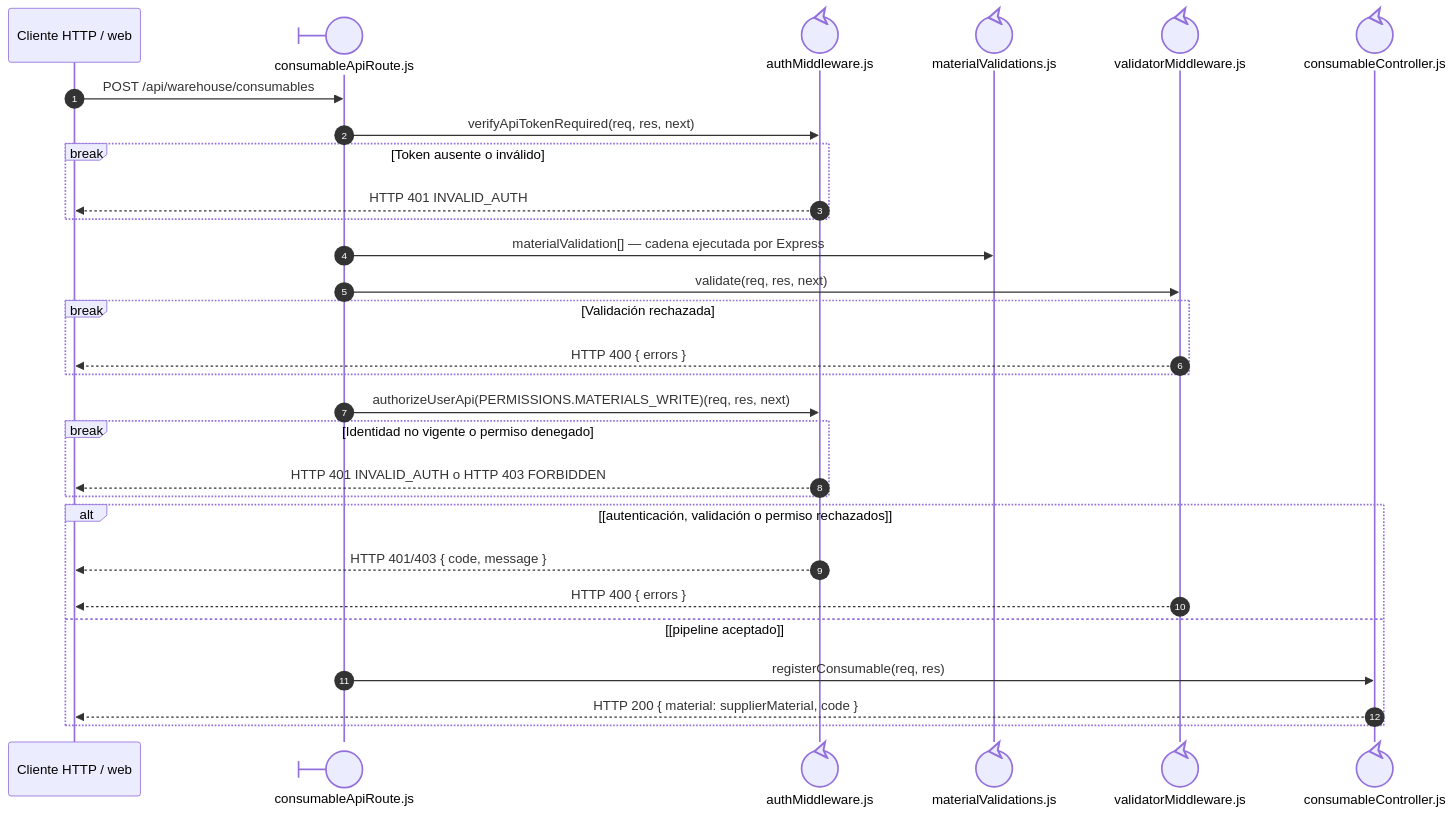
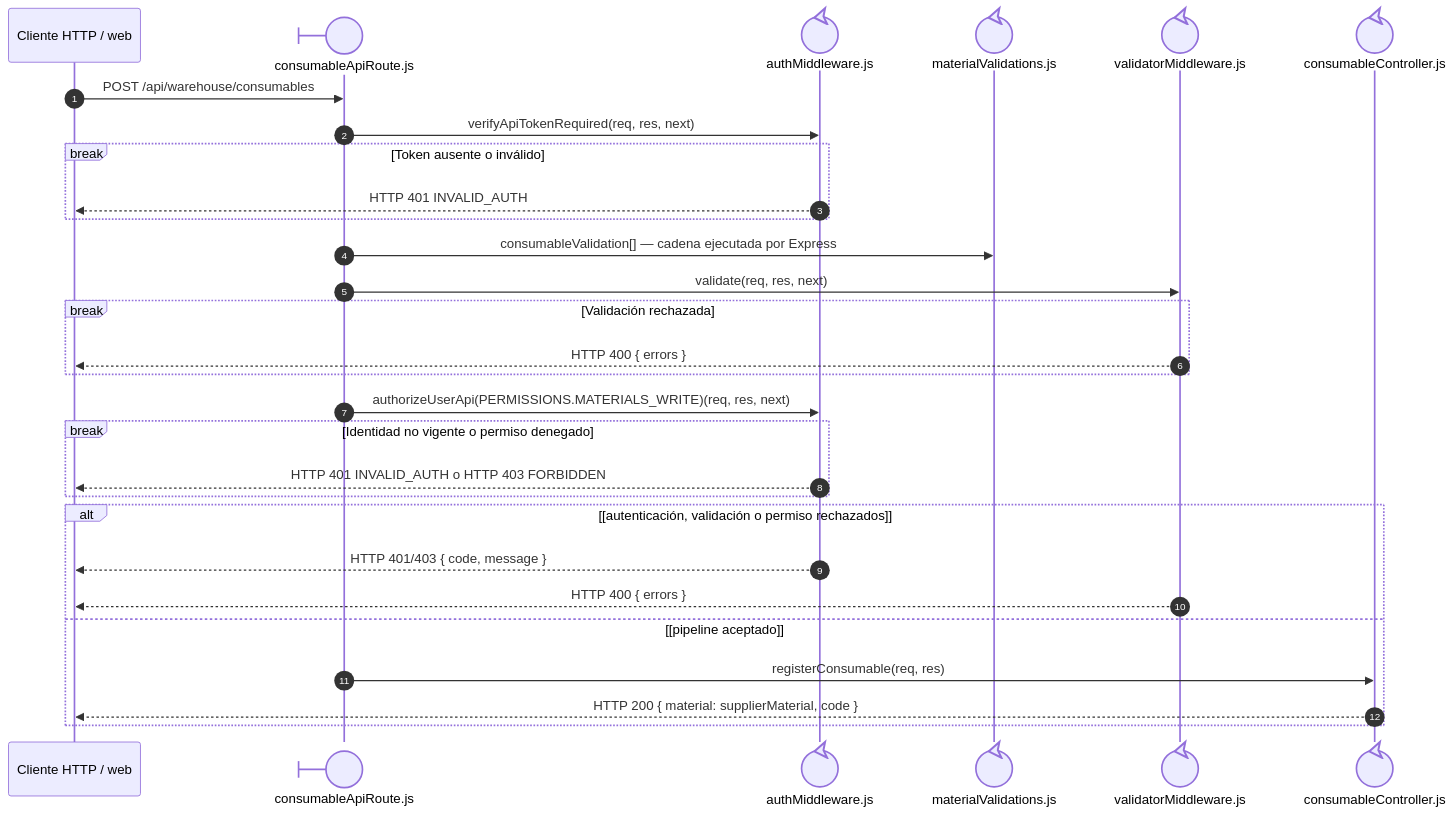
Before and after one commit to gpgsistemas01/nexus: the second of 3 diagrams in docs/architecture/views/processes/backend-code-sequences/catalogs/cu-alm-18.md, drawn with Mermaid. The commit also changed 79 other files, not shown here.

````diff
--- a/docs/architecture/views/processes/backend-code-sequences/catalogs/cu-alm-18.md
+++ b/docs/architecture/views/processes/backend-code-sequences/catalogs/cu-alm-18.md
@@ -56,32 +56,32 @@
 ```mermaid
 sequenceDiagram
     autonumber
     participant Client as Cliente HTTP / web
     participant Route@{ "type": "boundary" } as consumableApiRoute.js
     participant Auth@{ "type": "control" } as authMiddleware.js
     participant ValidationRules@{ "type": "control" } as materialValidations.js
     participant Validator@{ "type": "control" } as validatorMiddleware.js
     participant Controller@{ "type": "control" } as consumableController.js
 
     Client->>Route: POST /api/warehouse/consumables
     Route->>Auth: verifyApiTokenRequired(req, res, next)
     break Token ausente o inválido
         Auth-->>Client: HTTP 401 INVALID_AUTH
     end
-    Route->>ValidationRules: materialValidation[] — cadena ejecutada por Express
+    Route->>ValidationRules: consumableValidation[] — cadena ejecutada por Express
     Route->>Validator: validate(req, res, next)
     break Validación rechazada
         Validator-->>Client: HTTP 400 { errors }
     end
     Route->>Auth: authorizeUserApi(PERMISSIONS.MATERIALS_WRITE)(req, res, next)
     break Identidad no vigente o permiso denegado
         Auth-->>Client: HTTP 401 INVALID_AUTH o HTTP 403 FORBIDDEN
     end
     alt [autenticación, validación o permiso rechazados]
         Auth-->>Client: HTTP 401/403 { code, message }
         Validator-->>Client: HTTP 400 { errors }
     else [pipeline aceptado]
         Route->>Controller: registerConsumable(req, res)
             Controller-->>Client: HTTP 200 { material: supplierMaterial, code }
     end
 ```
````
